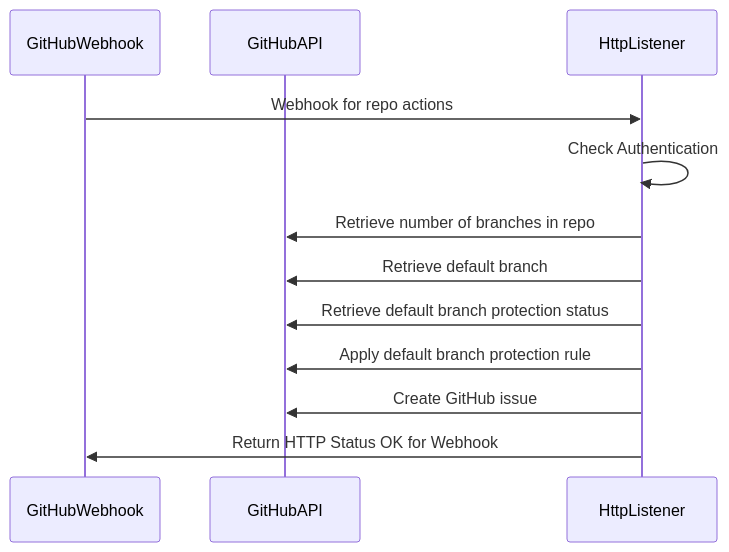
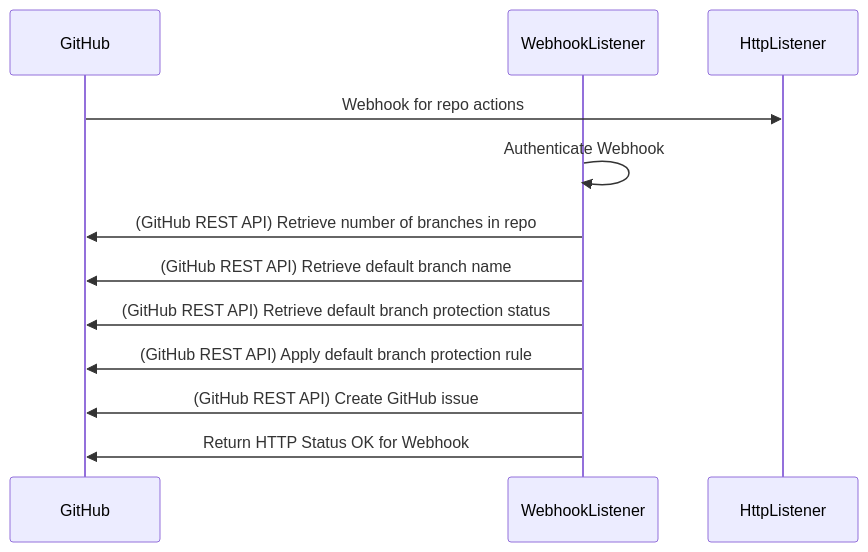
One commit to shiny-spoon/protect changed the diagram in README.md. Above: the diagram before and after it, drawn with Mermaid. The commit also changed other lines of this file, not shown here.

````diff
--- a/README.md
+++ b/README.md
@@ -30,14 +30,13 @@
 ```mermaid
 sequenceDiagram
-    participant GitHubWebhook
-    participant GitHubAPI
-    participant HttpListener
-    GitHubWebhook->>HttpListener: Webhook for repo actions
-    HttpListener->>HttpListener: Check Authentication
-    HttpListener->>GitHubAPI: Retrieve number of branches in repo
-    HttpListener->>GitHubAPI: Retrieve default branch
-    HttpListener->>GitHubAPI: Retrieve default branch protection status
-    HttpListener->>GitHubAPI: Apply default branch protection rule
-    HttpListener->>GitHubAPI: Create GitHub issue
-    HttpListener->>GitHubWebhook: Return HTTP Status OK for Webhook
+    participant GitHub
+    participant WebhookListener
+    GitHub->>HttpListener: Webhook for repo actions
+    WebhookListener->>WebhookListener: Authenticate Webhook
+    WebhookListener->>GitHub: (GitHub REST API) Retrieve number of branches in repo
+    WebhookListener->>GitHub: (GitHub REST API) Retrieve default branch name
+    WebhookListener->>GitHub: (GitHub REST API) Retrieve default branch protection status
+    WebhookListener->>GitHub: (GitHub REST API) Apply default branch protection rule
+    WebhookListener->>GitHub: (GitHub REST API) Create GitHub issue
+    WebhookListener->>GitHub: Return HTTP Status OK for Webhook
 ```
````
